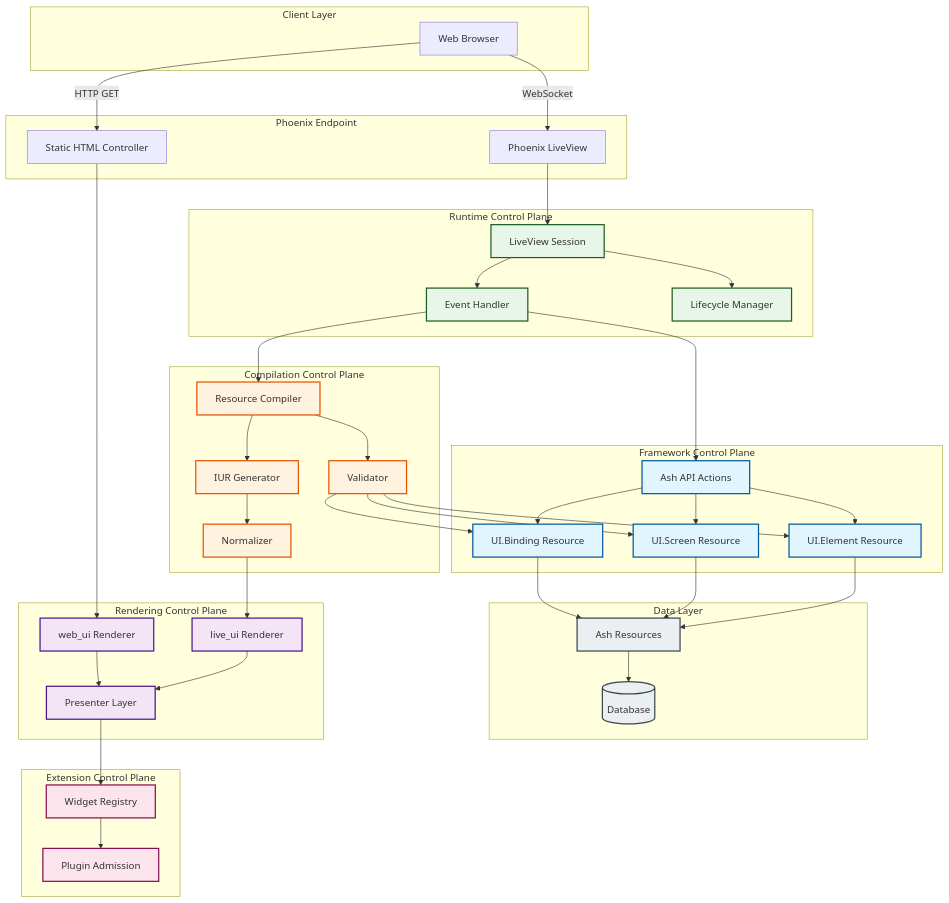
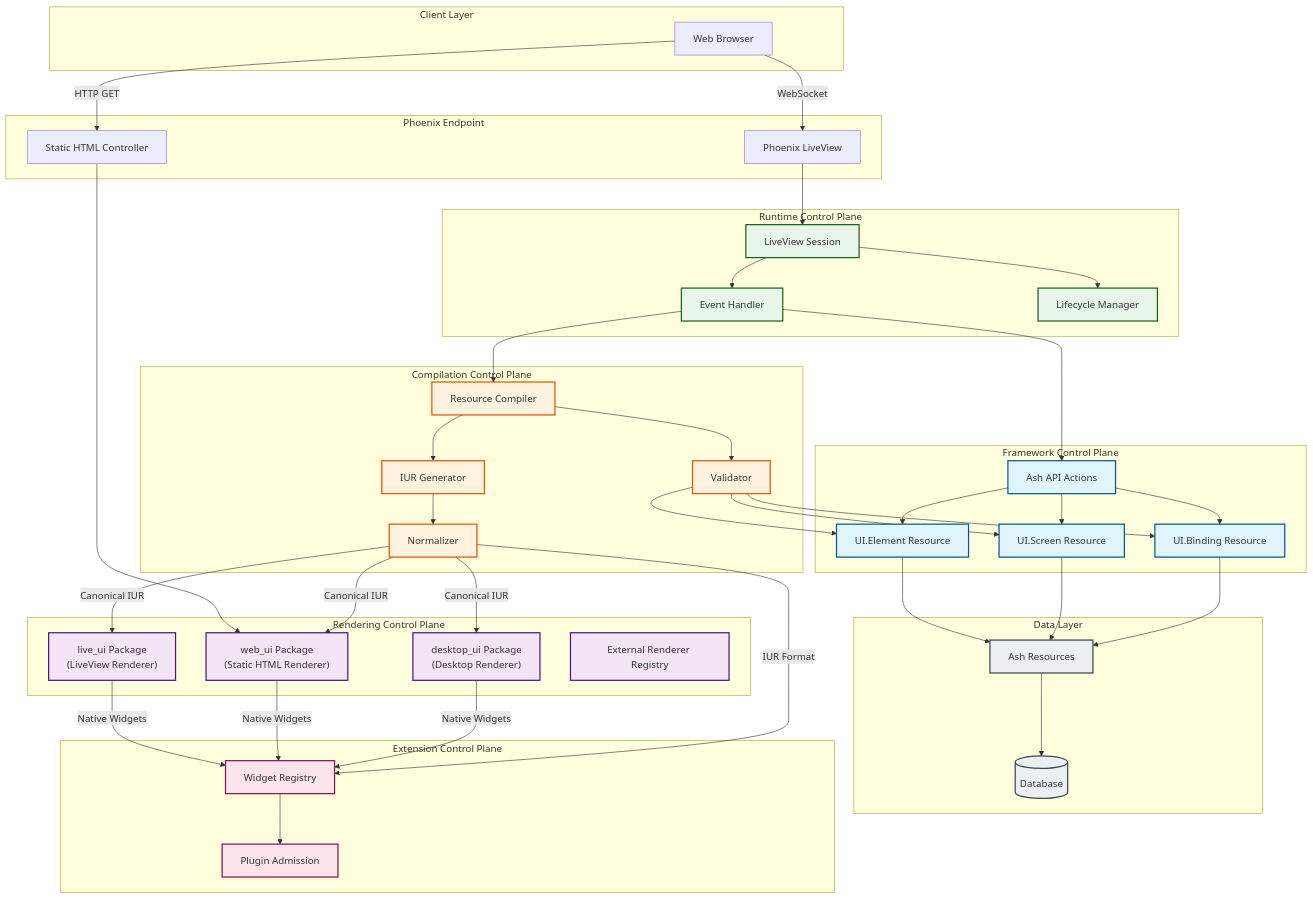
Before and after one commit to pcharbon70/ash_ui: the first of 4 diagrams in specs/topology.md, drawn with Mermaid. The commit also changed other lines of this file and 9 other files, not shown here.

```diff
--- a/specs/topology.md
+++ b/specs/topology.md
@@ -43,9 +43,10 @@
     end
 
     subgraph Rendering["Rendering Control Plane"]
-        LiveRenderer["live_ui Renderer"]
-        WebRenderer["web_ui Renderer"]
-        Presenter["Presenter Layer"]
+        LiveRenderer["live_ui Package<br/>(LiveView Renderer)"]
+        WebRenderer["web_ui Package<br/>(Static HTML Renderer)"]
+        DesktopRenderer["desktop_ui Package<br/>(Desktop Renderer)"]
+        ExternalRegistry["External Renderer Registry"]
     end
 
     subgraph Extension["Extension Control Plane"]
@@ -73,7 +74,9 @@
     Validator --> UIScreen
     Validator --> UIBinding
 
-    Normalizer --> LiveRenderer
+    Normalizer -->|"Canonical IUR"| LiveRenderer
+    Normalizer -->|"Canonical IUR"| WebRenderer
+    Normalizer -->|"Canonical IUR"| DesktopRenderer
 
     AshAPI --> UIElement
     AshAPI --> UIScreen
@@ -85,10 +88,11 @@
 
     AshResources --> Database
 
-    LiveRenderer --> Presenter
-    WebRenderer --> Presenter
+    LiveRenderer -->|"Native Widgets"| WidgetRegistry
+    WebRenderer -->|"Native Widgets"| WidgetRegistry
+    DesktopRenderer -->|"Native Widgets"| WidgetRegistry
 
-    Presenter --> WidgetRegistry
+    Normalizer -->|"IUR Format"| WidgetRegistry
 
     WidgetRegistry --> PluginAdmission
 
@@ -101,7 +105,7 @@
 
     class UIElement,UIScreen,UIBinding,AshAPI framework
     class ResourceCompiler,IURGenerator,Validator,Normalizer compilation
-    class LiveRenderer,WebRenderer,Presenter rendering
+    class LiveRenderer,WebRenderer,DesktopRenderer,ExternalRegistry rendering
     class LVSession,EventHandler,LifecycleMgr runtime
     class WidgetRegistry,PluginAdmission extension
     class AshResources,Database data
```
